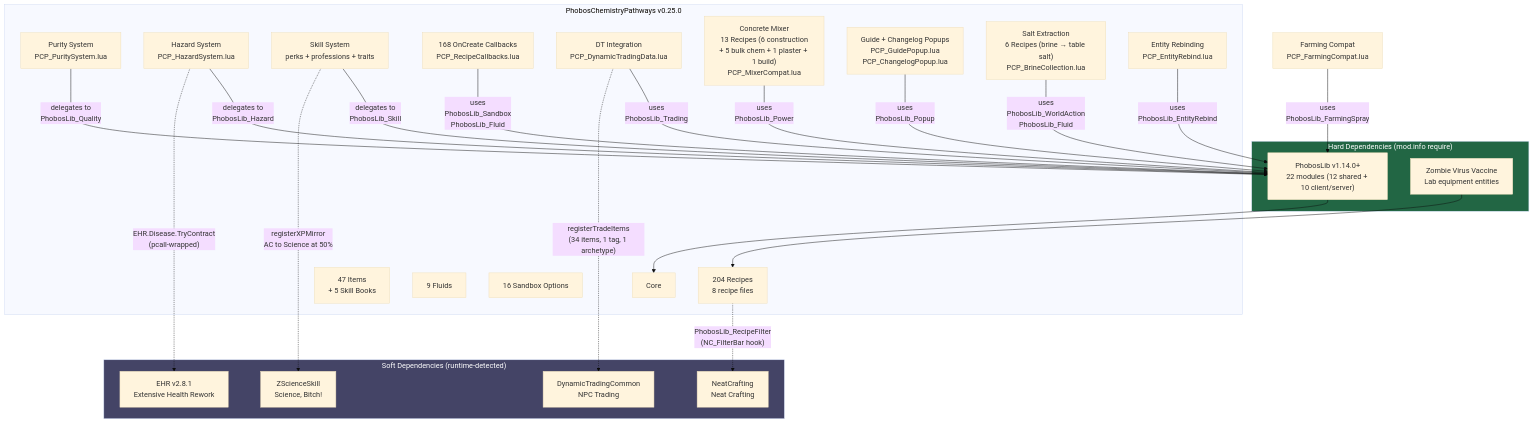
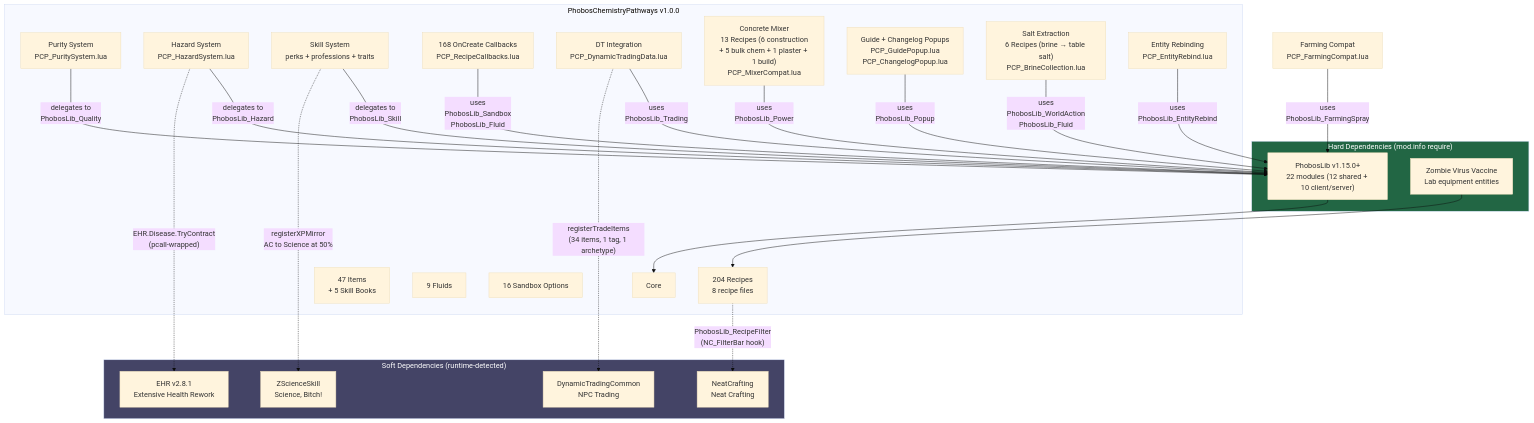
The first of 2 diagrams in docs/diagrams/architecture.md (phobos-dthorga/mod-pz-chemistry-pathways), drawn with Mermaid (base theme) before and after one commit. The commit also changed 8 other files, not shown here.

````diff
--- a/docs/diagrams/architecture.md
+++ b/docs/diagrams/architecture.md
@@ -26,54 +26,54 @@
 ```mermaid
 graph TB
     subgraph HARD["Hard Dependencies (mod.info require)"]
-        PL["PhobosLib v1.14.0+<br/>22 modules (12 shared + 10 client/server)"]
+        PL["PhobosLib v1.15.0+<br/>22 modules (12 shared + 10 client/server)"]
         ZR["Zombie Virus Vaccine<br/>Lab equipment entities"]
     end
 
-    subgraph PCP["PhobosChemistryPathways v0.25.0"]
+    subgraph PCP["PhobosChemistryPathways v1.0.0"]
         CORE["Core"]
         REC["204 Recipes<br/>8 recipe files"]
         ITEMS["47 Items<br/>+ 5 Skill Books"]
         FLUIDS["9 Fluids"]
         SB["16 Sandbox Options"]
         PURITY["Purity System<br/>PCP_PuritySystem.lua"]
         HAZARD["Hazard System<br/>PCP_HazardSystem.lua"]
         SKILL["Skill System<br/>perks + professions + traits"]
         CALLBACKS["168 OnCreate Callbacks<br/>PCP_RecipeCallbacks.lua"]
         TRADING["DT Integration<br/>PCP_DynamicTradingData.lua"]
         MIXER["Concrete Mixer<br/>13 Recipes (6 construction<br/>+ 5 bulk chem + 1 plaster + 1 build)<br/>PCP_MixerCompat.lua"]
         POPUP["Guide + Changelog Popups<br/>PCP_GuidePopup.lua<br/>PCP_ChangelogPopup.lua"]
         SALT["Salt Extraction<br/>6 Recipes (brine → table salt)<br/>PCP_BrineCollection.lua"]
         REBIND["Entity Rebinding<br/>PCP_EntityRebind.lua"]
     end
 
     subgraph SOFT["Soft Dependencies (runtime-detected)"]
         ZSS["ZScienceSkill<br/>Science, Bitch!"]
         EHR["EHR v2.8.1<br/>Extensive Health Rework"]
         DT["DynamicTradingCommon<br/>NPC Trading"]
         NC["NeatCrafting<br/>Neat Crafting"]
     end
 
     PL --> CORE
     ZR --> REC
 
     PURITY -->|"delegates to<br/>PhobosLib_Quality"| PL
     HAZARD -->|"delegates to<br/>PhobosLib_Hazard"| PL
     SKILL -->|"delegates to<br/>PhobosLib_Skill"| PL
     CALLBACKS -->|"uses<br/>PhobosLib_Sandbox<br/>PhobosLib_Fluid"| PL
     TRADING -->|"uses<br/>PhobosLib_Trading"| PL
     FARMING["Farming Compat<br/>PCP_FarmingCompat.lua"]
     FARMING -->|"uses<br/>PhobosLib_FarmingSpray"| PL
     MIXER -->|"uses<br/>PhobosLib_Power"| PL
     POPUP -->|"uses<br/>PhobosLib_Popup"| PL
     SALT -->|"uses<br/>PhobosLib_WorldAction<br/>PhobosLib_Fluid"| PL
     REBIND -->|"uses<br/>PhobosLib_EntityRebind"| PL
 
     HAZARD -.->|"EHR.Disease.TryContract<br/>(pcall-wrapped)"| EHR
     SKILL -.->|"registerXPMirror<br/>AC to Science at 50%"| ZSS
     TRADING -.->|"registerTradeItems<br/>(34 items, 1 tag, 1 archetype)"| DT
     REC -.->|"PhobosLib_RecipeFilter<br/>(NC_FilterBar hook)"| NC
 
     style HARD fill:#264,color:#fff
     style SOFT fill:#446,color:#fff
 ```
````
